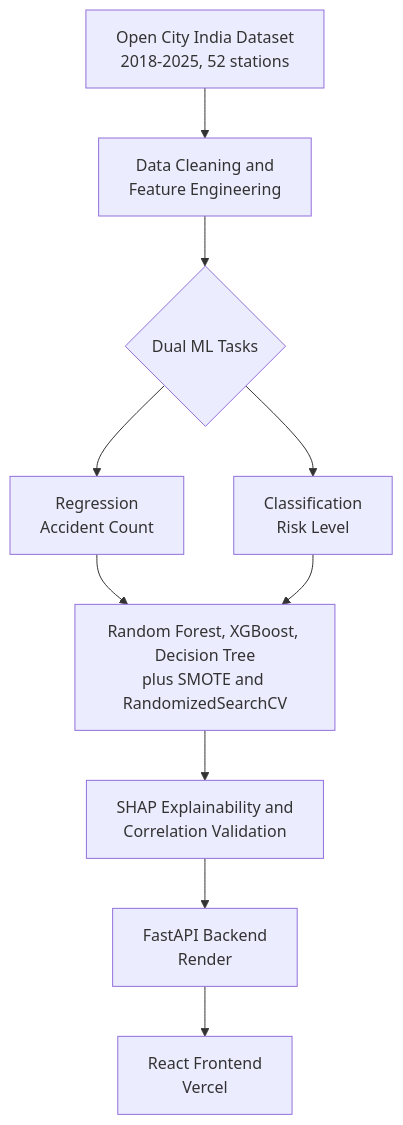
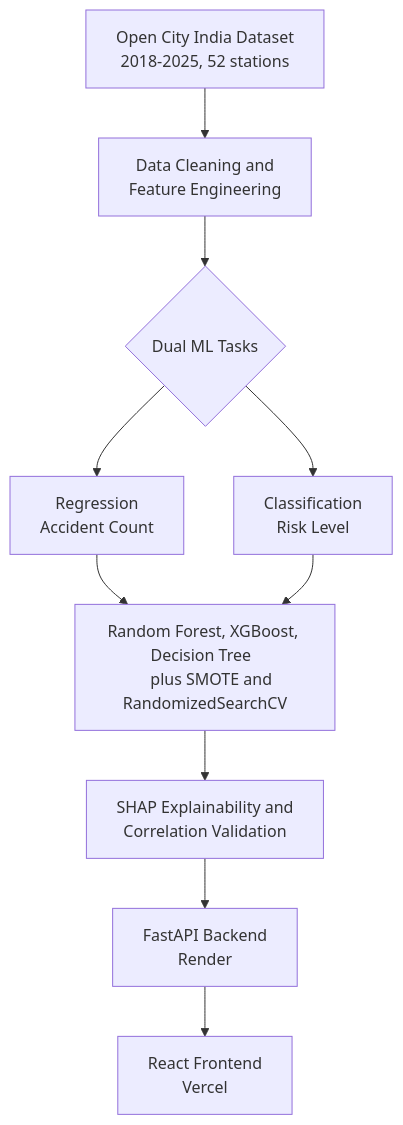
Before and after one commit to nikhil-0420/bangalore-accident-prediction: the diagram in README.md, drawn with Mermaid. The commit also changed other lines of this file, not shown here.

````diff
--- a/README.md
+++ b/README.md
@@ -69,12 +79,20 @@
 ```mermaid
 flowchart TD
-    A["Open City India Dataset<br/>2018-2025, 52 stations"] --> B["Data Cleaning and<br/>Feature Engineering"]
+    A["Open City India Dataset  
+    2018-2025, 52 stations"] --> B["Data Cleaning and  
+    Feature Engineering"]
     B --> C{"Dual ML Tasks"}
-    C --> D["Regression<br/>Accident Count"]
-    C --> E["Classification<br/>Risk Level"]
-    D --> F["Random Forest, XGBoost, Decision Tree<br/>plus SMOTE and RandomizedSearchCV"]
+    C --> D["Regression  
+    Accident Count"]
+    C --> E["Classification  
+    Risk Level"]
+    D --> F["Random Forest, XGBoost, Decision Tree  
+    plus SMOTE and RandomizedSearchCV"]
     E --> F
-    F --> G["SHAP Explainability and<br/>Correlation Validation"]
-    G --> H["FastAPI Backend<br/>Render"]
-    H --> I["React Frontend<br/>Vercel"]
+    F --> G["SHAP Explainability and  
+    Correlation Validation"]
+    G --> H["FastAPI Backend  
+    Render"]
+    H --> I["React Frontend  
+    Vercel"]
 ```
````
